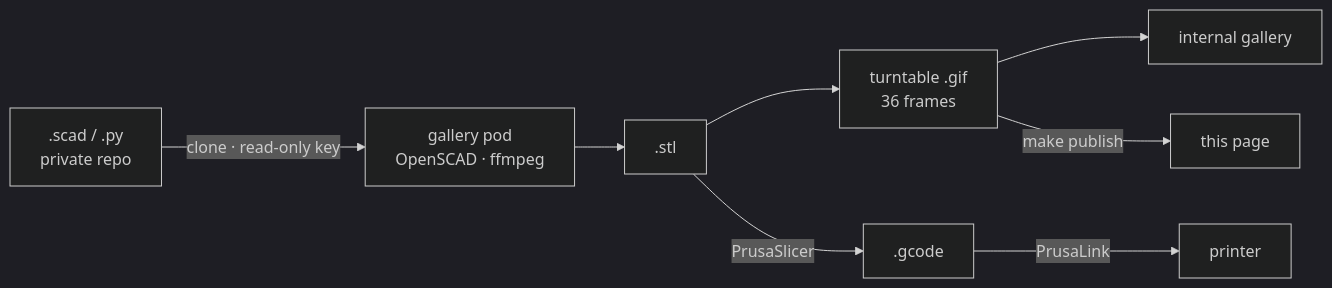
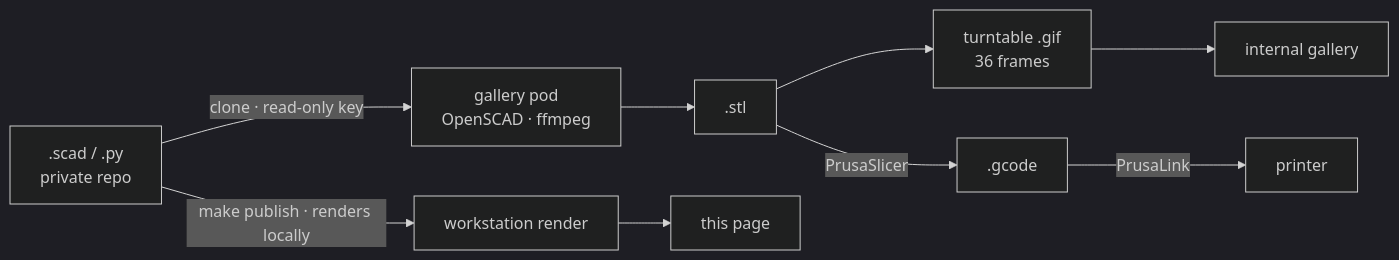
The diagram in docs/printing.md (schultzzznet/schultzzznet), drawn with Mermaid (dark theme) before and after one commit. The commit also changed other lines of this file and 13 other files, not shown here.

````diff
--- a/docs/printing.md
+++ b/docs/printing.md
@@ -27,10 +28,11 @@
 ```mermaid
 flowchart LR
   SRC[".scad / .py<br/>private repo"] -->|"clone · read-only key"| POD["gallery pod<br/>OpenSCAD · ffmpeg"]
   POD --> STL[".stl"]
   STL --> GIF["turntable .gif<br/>36 frames"]
   GIF --> WEB["internal gallery"]
   STL -->|PrusaSlicer| GC[".gcode"]
   GC -->|PrusaLink| PR["printer"]
-  GIF -->|make publish| PAGES["this page"]
+  SRC -->|"make publish · renders locally"| WS["workstation render"]
+  WS --> PAGES["this page"]
 ```
````
